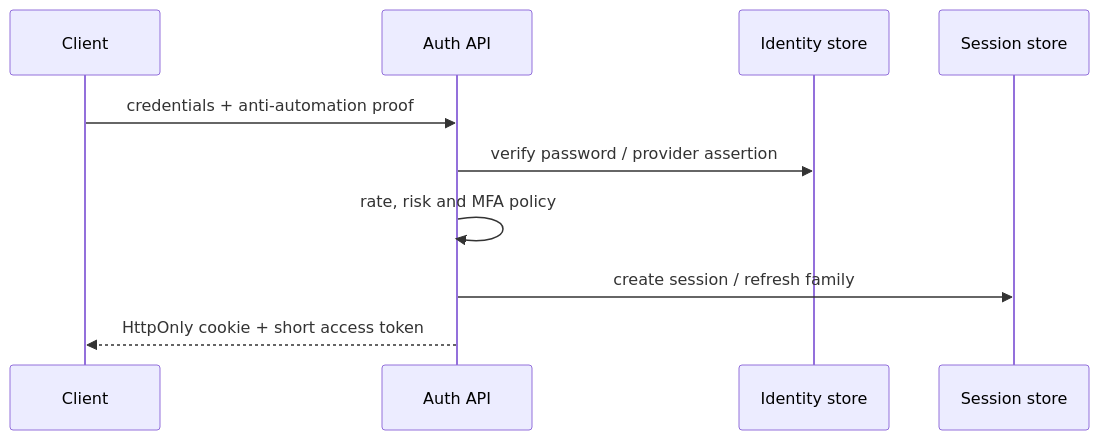
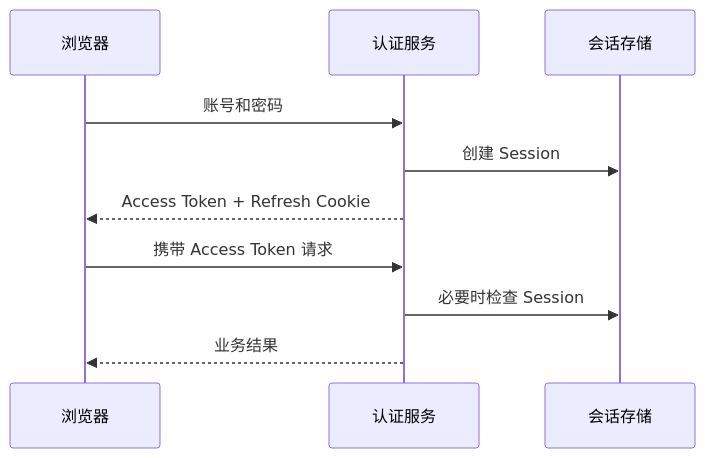
One commit to upJiang/jiang-blog-vitepress changed the first of 2 diagrams in docs/backend/node-auth-token-lifecycle.md. Above: the diagram before and after it, drawn with Mermaid. The commit also changed other lines of this file and 164 other files, not shown here.

````diff
--- a/docs/backend/node-auth-token-lifecycle.md
+++ b/docs/backend/node-auth-token-lifecycle.md
@@ -28,12 +26,12 @@
 ```mermaid
 sequenceDiagram
-  participant C as Client
-  participant A as Auth API
-  participant I as Identity store
-  participant S as Session store
-  C->>A: credentials + anti-automation proof
-  A->>I: verify password / provider assertion
-  A->>A: rate, risk and MFA policy
-  A->>S: create session / refresh family
-  A-->>C: HttpOnly cookie + short access token
+  participant B as 浏览器
+  participant A as 认证服务
+  participant S as 会话存储
+  B->>A: 账号和密码
+  A->>S: 创建 Session
+  A-->>B: Access Token + Refresh Cookie
+  B->>A: 携带 Access Token 请求
+  A->>S: 必要时检查 Session
+  A-->>B: 业务结果
 ```
````
